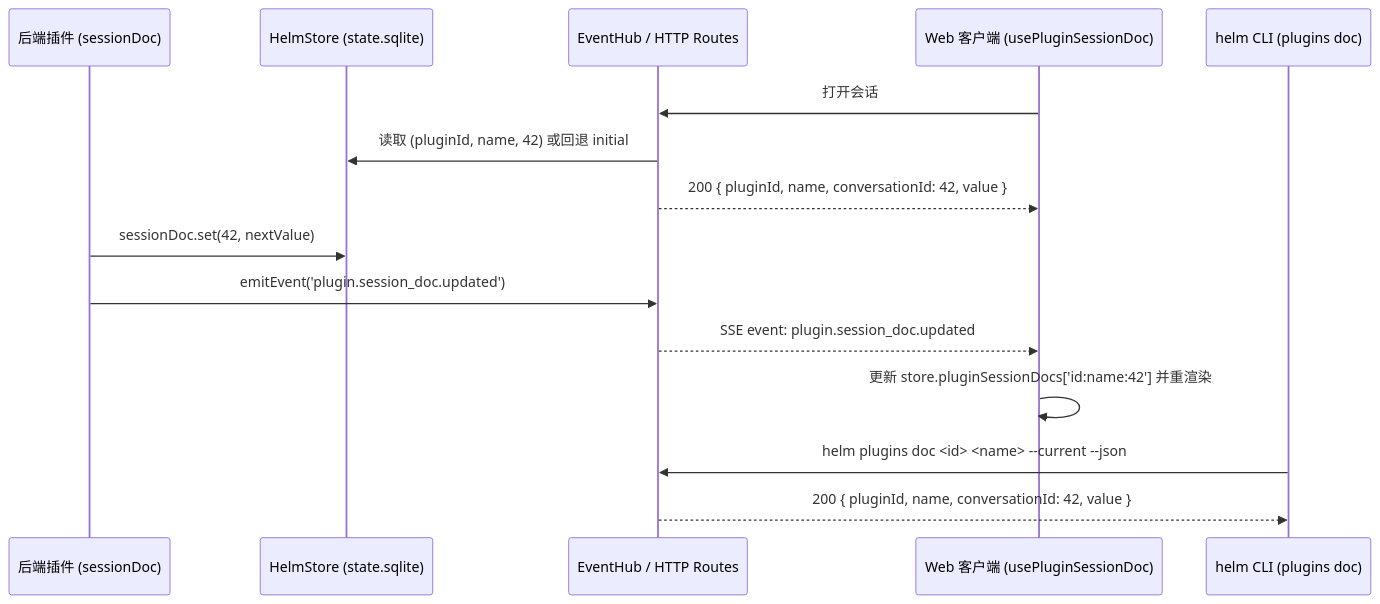
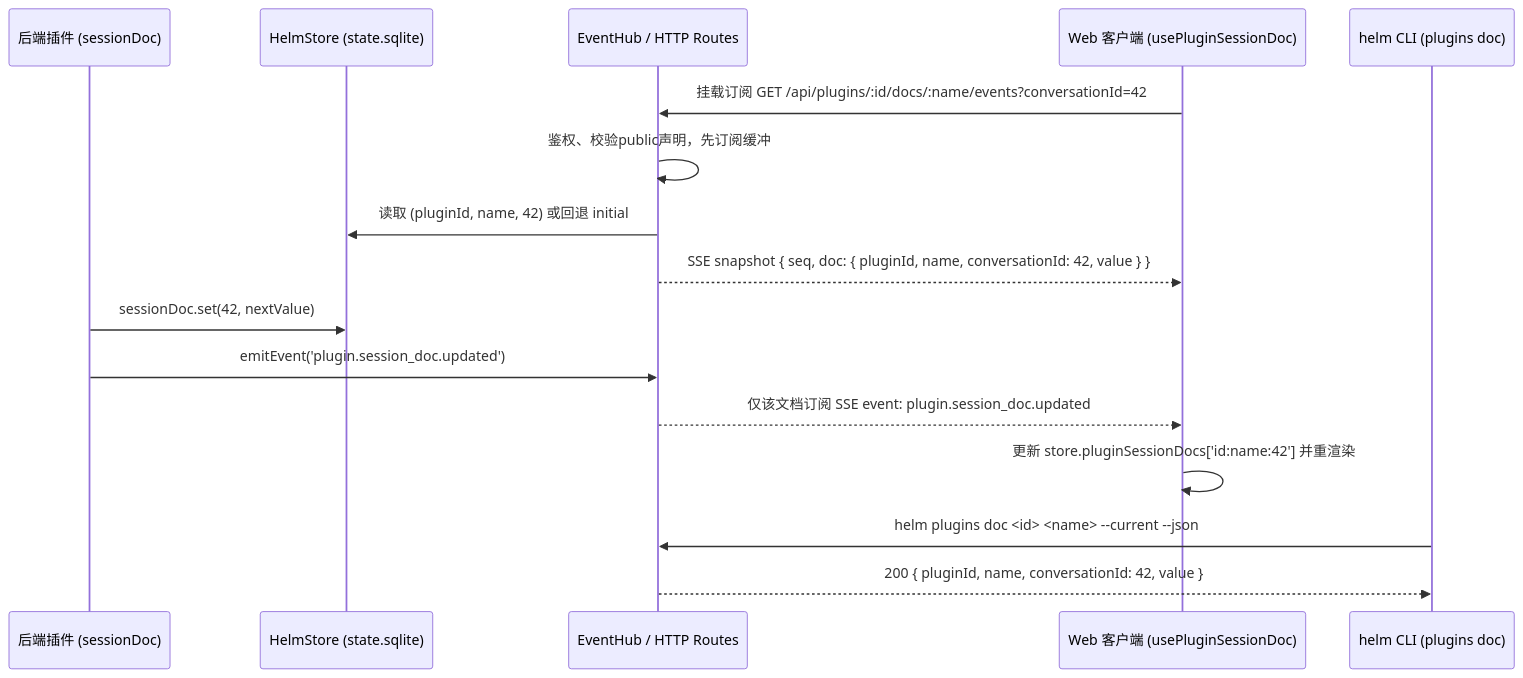
Before and after one commit to team4u/helm: the second of 2 diagrams in docs/superpowers/specs/20261109 Web界面扩展机制与会话投影设计文档.md, drawn with Mermaid. The commit also changed other lines of this file and 9 other files, not shown here.

Commit message:
fix(web): 补齐 PluginClientContext 会话契约并统一测试 mock 原语

````diff
--- a/docs/superpowers/specs/20261109 Web界面扩展机制与会话投影设计文档.md
+++ b/docs/superpowers/specs/20261109 Web界面扩展机制与会话投影设计文档.md
@@ -446,18 +451,19 @@
 ```mermaid
 sequenceDiagram
     participant Plugin as 后端插件 (sessionDoc)
     participant Store as HelmStore (state.sqlite)
     participant Hub as EventHub / HTTP Routes
     participant Web as Web 客户端 (usePluginSessionDoc)
     participant CLI as helm CLI (plugins doc)
 
-    Web->>Hub: 打开会话 #42，首次调用 GET /api/plugins/:id/docs/:name?conversationId=42
+    Web->>Hub: 挂载订阅 GET /api/plugins/:id/docs/:name/events?conversationId=42
+    Hub->>Hub: 鉴权、校验public声明，先订阅缓冲
     Hub->>Store: 读取 (pluginId, name, 42) 或回退 initial
-    Hub-->>Web: 200 { pluginId, name, conversationId: 42, value }
+    Hub-->>Web: SSE snapshot { seq, doc: { pluginId, name, conversationId: 42, value } }
     Plugin->>Store: sessionDoc.set(42, nextValue)
     Plugin->>Hub: emitEvent('plugin.session_doc.updated')
-    Hub-->>Web: SSE event: plugin.session_doc.updated
+    Hub-->>Web: 仅该文档订阅 SSE event: plugin.session_doc.updated
     Web->>Web: 更新 store.pluginSessionDocs['id:name:42'] 并重渲染
     CLI->>Hub: helm plugins doc <id> <name> --current --json
     Hub-->>CLI: 200 { pluginId, name, conversationId: 42, value }
 ```
````
